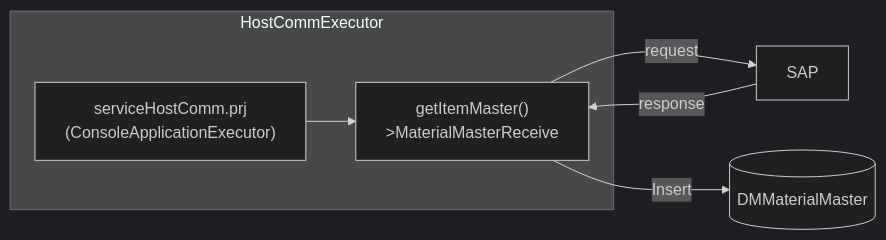
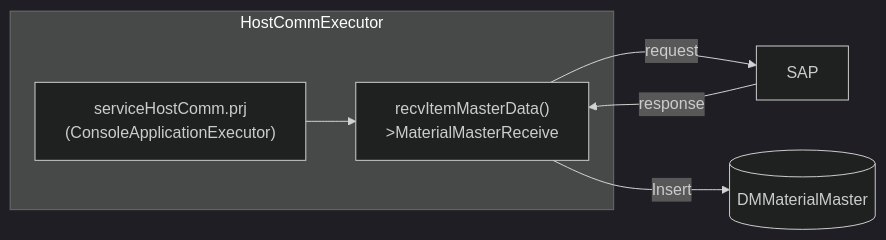
Before and after one commit to luthfiadityaa/SimeDarby-Wiki: the diagram in Basic-Design/Host-Interfaces/Material-Master-Data.md, drawn with Mermaid (dark theme).

Commit message:
Updated Material Master Data

```diff
--- a/Basic-Design/Host-Interfaces/Material-Master-Data.md
+++ b/Basic-Design/Host-Interfaces/Material-Master-Data.md
@@ -11,11 +11,11 @@
 ::: mermaid
 flowchart LR
 item[("DMMaterialMaster")]
 serviceHostComm-->periodicItemMaster--request-->SAP
 SAP--response-->periodicItemMaster
 periodicItemMaster--Insert-->item
 subgraph HostCommExecutor
 serviceHostComm["serviceHostComm.prj\n(ConsoleApplicationExecutor)"]
-periodicItemMaster["getItemMaster()\n>MaterialMasterReceive"]
+periodicItemMaster["recvItemMasterData()\n>MaterialMasterReceive"]
 end
 :::
```
